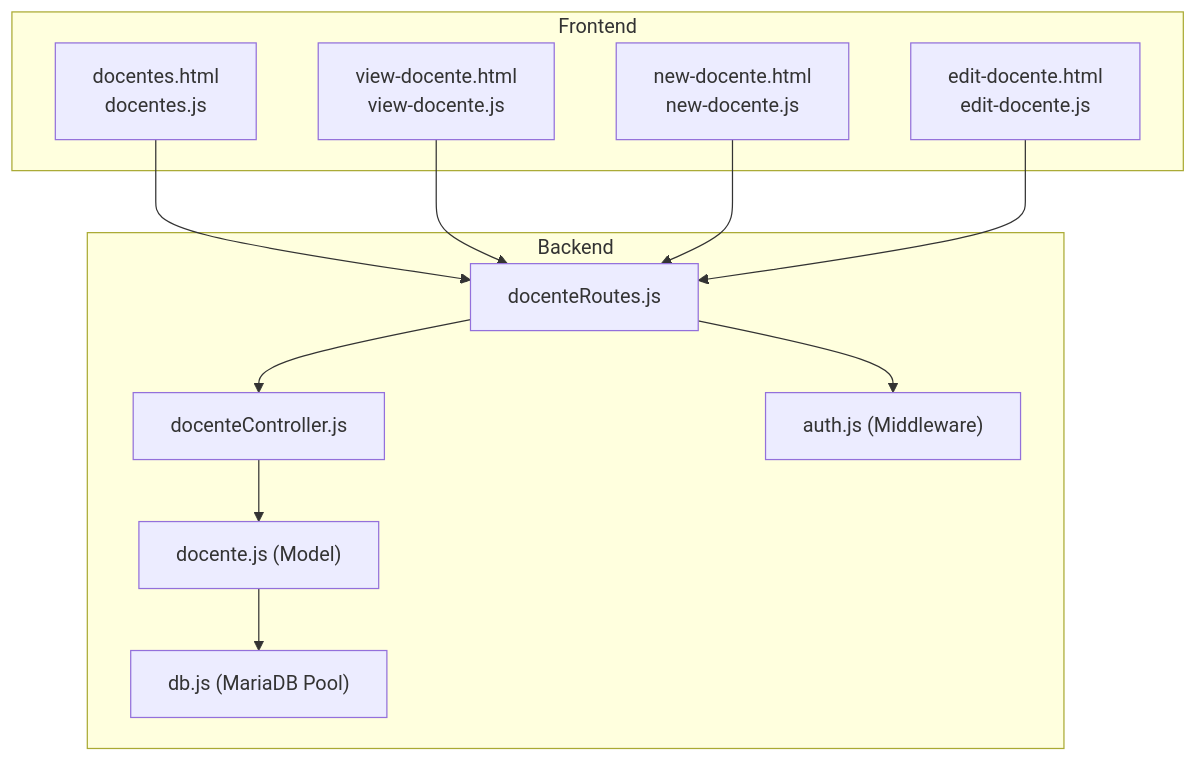
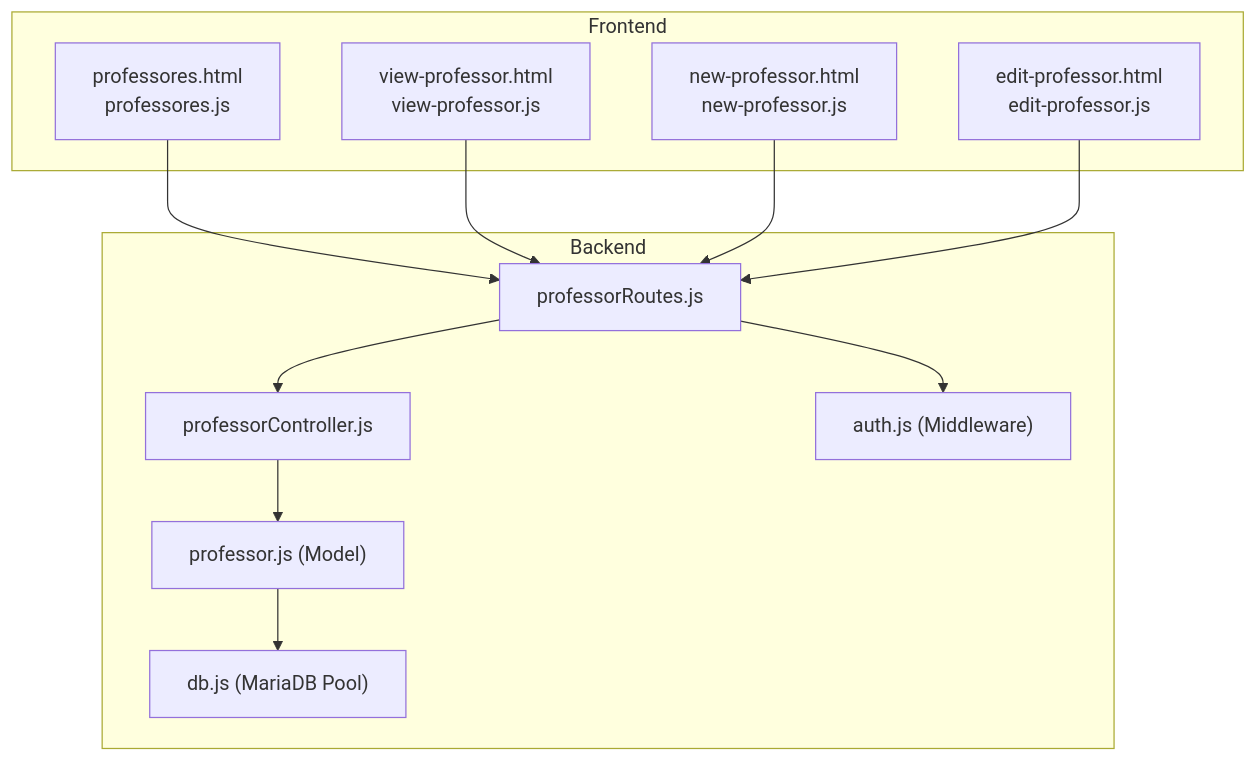
The first of 6 diagrams in .qoder/repowiki/en/content/Core Features Implementation/Professor Management.md (luiseduacosta/nodemural), drawn with Mermaid before and after one commit. The commit also changed other lines of this file and 25 other files, not shown here.

````diff
--- a/.qoder/repowiki/en/content/Core Features Implementation/Professor Management.md
+++ b/.qoder/repowiki/en/content/Core Features Implementation/Professor Management.md
@@ -43,24 +43,24 @@
 ```mermaid
 graph TB
 subgraph "Frontend"
-FE_List["docentes.html<br/>docentes.js"]
-FE_View["view-docente.html<br/>view-docente.js"]
-FE_Create["new-docente.html<br/>new-docente.js"]
-FE_Edit["edit-docente.html<br/>edit-docente.js"]
+FE_List["professores.html<br/>professores.js"]
+FE_View["view-professor.html<br/>view-professor.js"]
+FE_Create["new-professor.html<br/>new-professor.js"]
+FE_Edit["edit-professor.html<br/>edit-professor.js"]
 end
 subgraph "Backend"
-R["docenteRoutes.js"]
-C["docenteController.js"]
-M["docente.js (Model)"]
+R["professorRoutes.js"]
+C["professorController.js"]
+M["professor.js (Model)"]
 MW["auth.js (Middleware)"]
 DB["db.js (MariaDB Pool)"]
 end
 FE_List --> R
 FE_View --> R
 FE_Create --> R
 FE_Edit --> R
 R --> MW
 R --> C
 C --> M
 M --> DB
 ```
````
